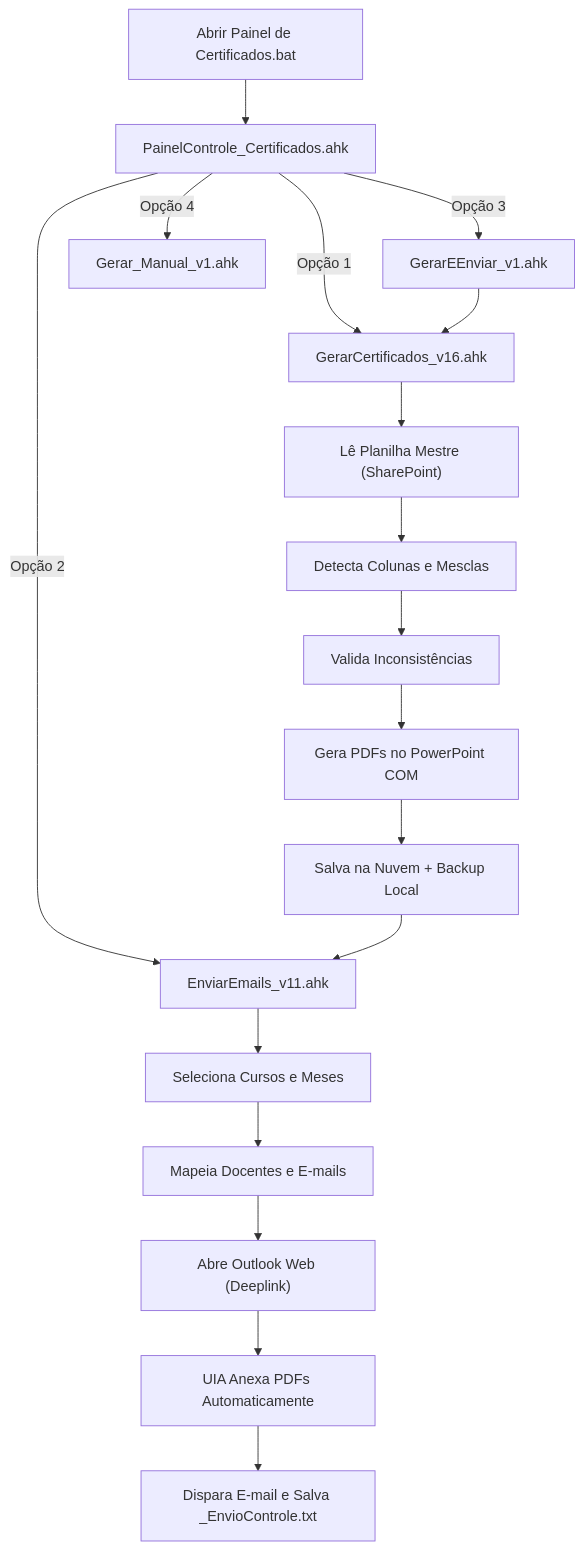
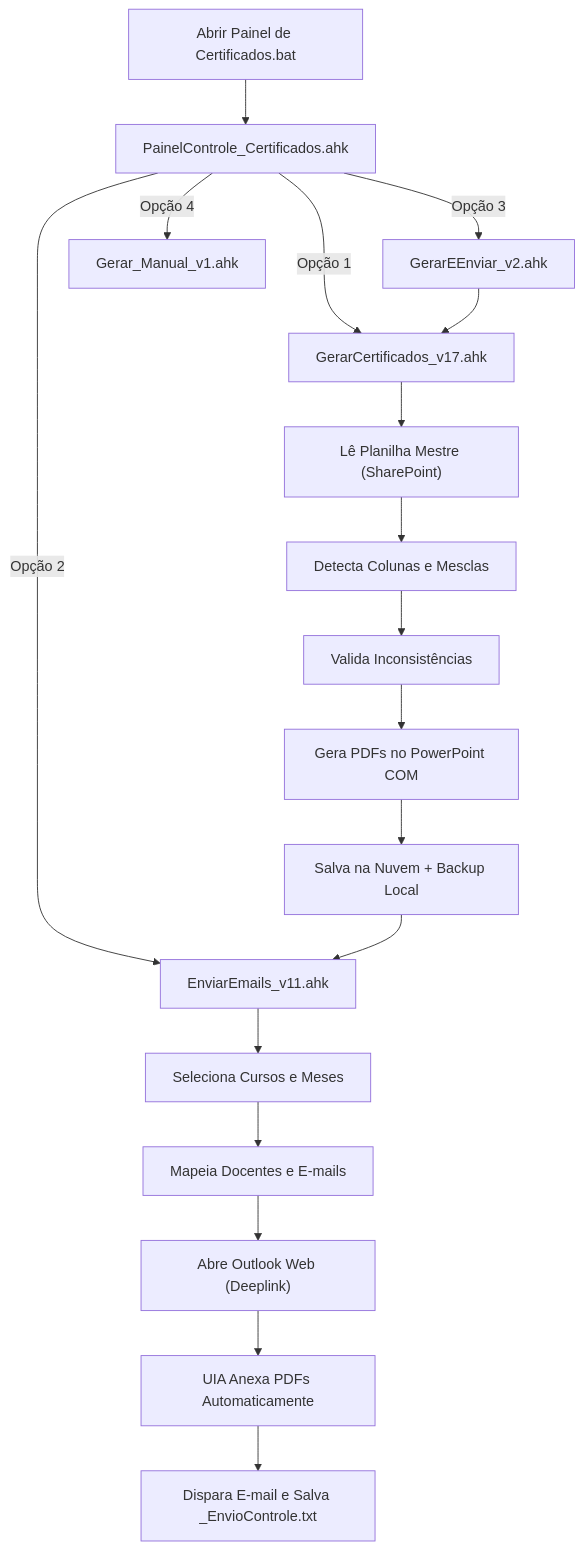
One commit to diogodimase-ctrl/AHK_Certificados changed the diagram in CertificadosPosGraduacao/README.md. Above: the diagram before and after it, drawn with Mermaid. The commit also changed other lines of this file and 2 other files, not shown here.

First line of the commit message:
Renomeia GerarCertificados para v17 e corrige dependência fixa no GerarEEnviar

````diff
--- a/CertificadosPosGraduacao/README.md
+++ b/CertificadosPosGraduacao/README.md
@@ -77,24 +77,24 @@
 ```mermaid
 flowchart TD
     A["Abrir Painel de Certificados.bat"] --> B["PainelControle_Certificados.ahk"]
     
-    B -->|Opção 1| C["GerarCertificados_v16.ahk"]
+    B -->|Opção 1| C["GerarCertificados_v17.ahk"]
     B -->|Opção 2| D["EnviarEmails_v11.ahk"]
-    B -->|Opção 3| E["GerarEEnviar_v1.ahk"]
+    B -->|Opção 3| E["GerarEEnviar_v2.ahk"]
     B -->|Opção 4| F["Gerar_Manual_v1.ahk"]
     
     C --> C1["Lê Planilha Mestre (SharePoint)"]
     C1 --> C2["Detecta Colunas e Mesclas"]
     C2 --> C3["Valida Inconsistências"]
     C3 --> C4["Gera PDFs no PowerPoint COM"]
     C4 --> C5["Salva na Nuvem + Backup Local"]
     
     D --> D1["Seleciona Cursos e Meses"]
     D1 --> D2["Mapeia Docentes e E-mails"]
     D2 --> D3["Abre Outlook Web (Deeplink)"]
     D3 --> D4["UIA Anexa PDFs Automaticamente"]
     D4 --> D5["Dispara E-mail e Salva _EnvioControle.txt"]
     
     E --> C
     C5 --> D
 ```
````
